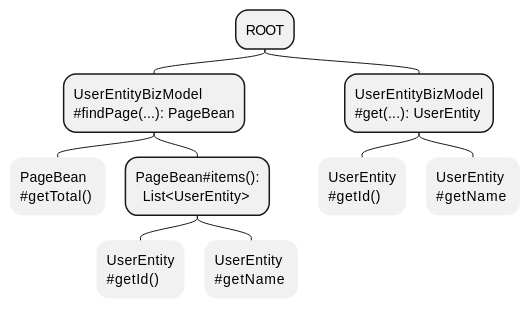
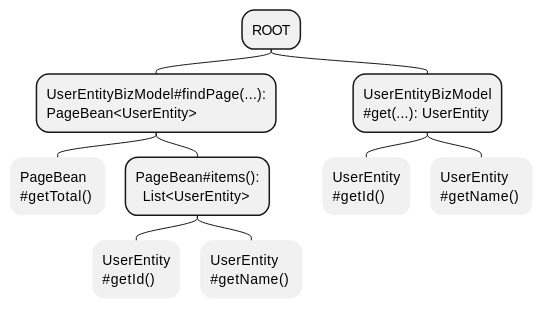
One commit to crazydan-studio/nop.crazydan.io changed the eighth of 9 diagrams in docs/400.implement/400.component/100.graphql.md. Above: the diagram before and after it, drawn with PlantUML. The commit also changed other lines of this file, not shown here.

````diff
--- a/docs/400.implement/400.component/100.graphql.md
+++ b/docs/400.implement/400.component/100.graphql.md
@@ -839,23 +835,23 @@
 ```plantuml
 @startmindmap
 top to bottom direction
 
 <style>
 mindmapDiagram {
   .scalar {
     LineThickness 0
   }
 }
 </style>
 
 * ROOT
-** UserEntityBizModel\n~#findPage(...): PageBean
+** UserEntityBizModel#findPage(...):\nPageBean<UserEntity>
 *** PageBean\n~#getTotal() <<scalar>>
 *** PageBean~#items():\n  List<UserEntity>
 **** UserEntity\n~#getId() <<scalar>>
-**** UserEntity\n~#getName <<scalar>>
+**** UserEntity\n~#getName() <<scalar>>
 ** UserEntityBizModel\n~#get(...): UserEntity
 *** UserEntity\n~#getId() <<scalar>>
-*** UserEntity\n~#getName <<scalar>>
+*** UserEntity\n~#getName() <<scalar>>
 @endmindmap
 ```
````
